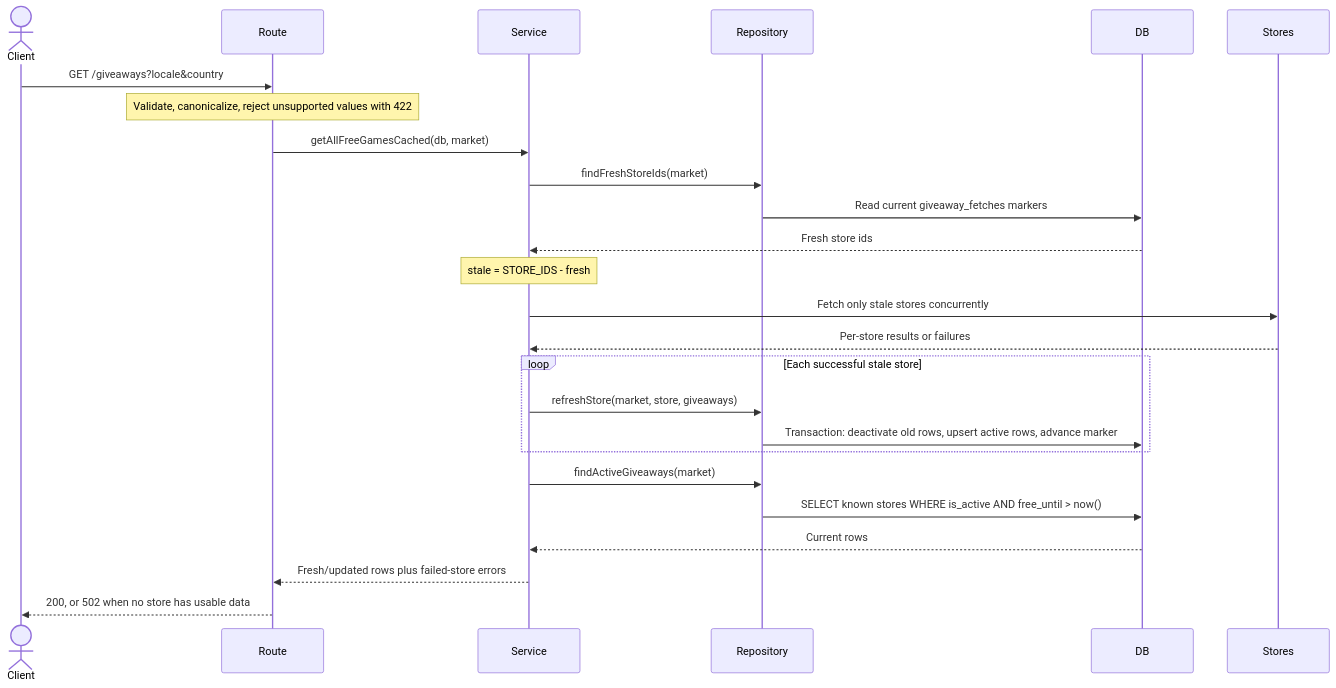
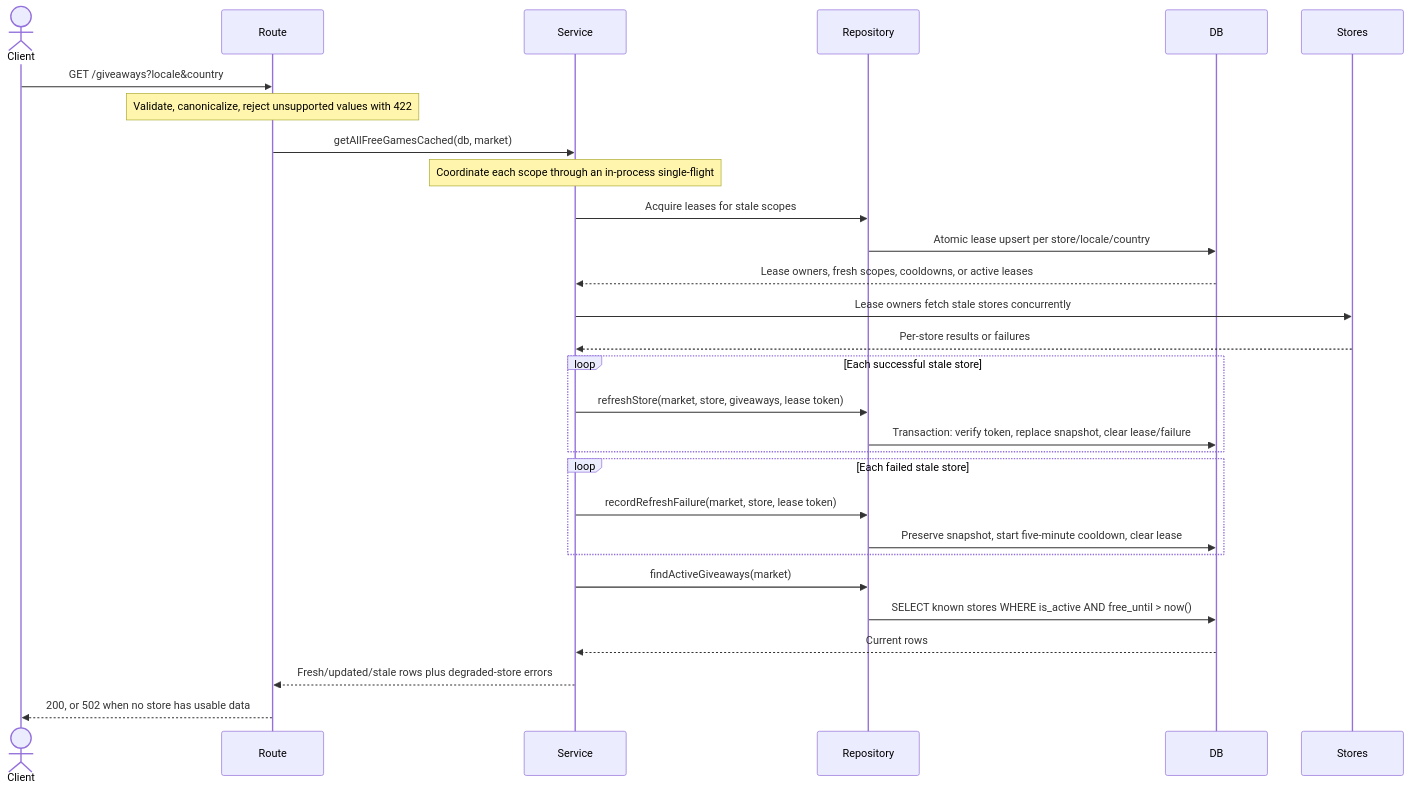
One commit to anthonypillot/claim changed the diagram in docs/giveaways-flow.md. Above: the diagram before and after it, drawn with Mermaid. The commit also changed other lines of this file and 11 other files, not shown here.

Commit message:
fix(api): serve stale giveaways when refresh fails

````diff
--- a/docs/giveaways-flow.md
+++ b/docs/giveaways-flow.md
@@ -17,30 +17,35 @@
 ```mermaid
 sequenceDiagram
     actor Client
     participant Route
     participant Service
     participant Repository
     participant DB
     participant Stores
 
     Client->>Route: GET /giveaways?locale&country
     Note over Route: Validate, canonicalize, reject unsupported values with 422
     Route->>Service: getAllFreeGamesCached(db, market)
-    Service->>Repository: findFreshStoreIds(market)
-    Repository->>DB: Read current giveaway_fetches markers
-    DB-->>Service: Fresh store ids
-    Note over Service: stale = STORE_IDS - fresh
-    Service->>Stores: Fetch only stale stores concurrently
+    Note over Service: Coordinate each scope through an in-process single-flight
+    Service->>Repository: Acquire leases for stale scopes
+    Repository->>DB: Atomic lease upsert per store/locale/country
+    DB-->>Service: Lease owners, fresh scopes, cooldowns, or active leases
+    Service->>Stores: Lease owners fetch stale stores concurrently
     Stores-->>Service: Per-store results or failures
 
     loop Each successful stale store
-        Service->>Repository: refreshStore(market, store, giveaways)
-        Repository->>DB: Transaction: deactivate old rows, upsert active rows, advance marker
+        Service->>Repository: refreshStore(market, store, giveaways, lease token)
+        Repository->>DB: Transaction: verify token, replace snapshot, clear lease/failure
+    end
+
+    loop Each failed stale store
+        Service->>Repository: recordRefreshFailure(market, store, lease token)
+        Repository->>DB: Preserve snapshot, start five-minute cooldown, clear lease
     end
 
     Service->>Repository: findActiveGiveaways(market)
     Repository->>DB: SELECT known stores WHERE is_active AND free_until > now()
     DB-->>Service: Current rows
-    Service-->>Route: Fresh/updated rows plus failed-store errors
+    Service-->>Route: Fresh/updated/stale rows plus degraded-store errors
     Route-->>Client: 200, or 502 when no store has usable data
 ```
````
